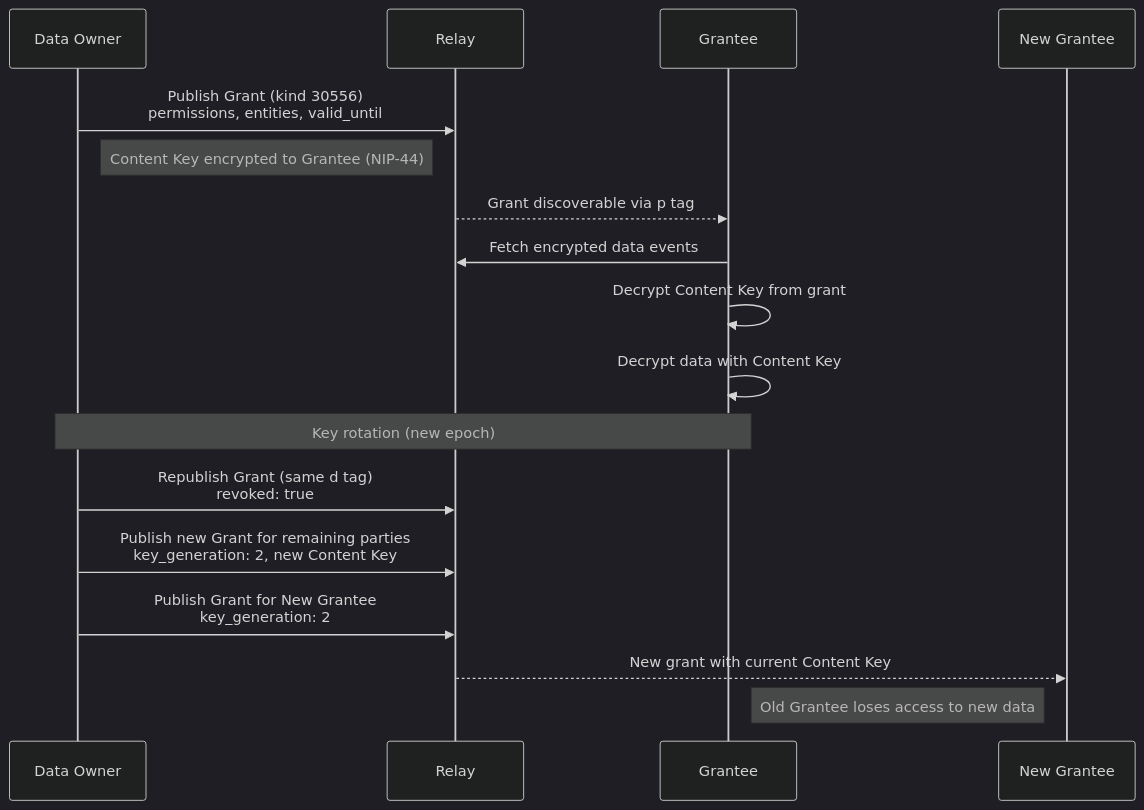
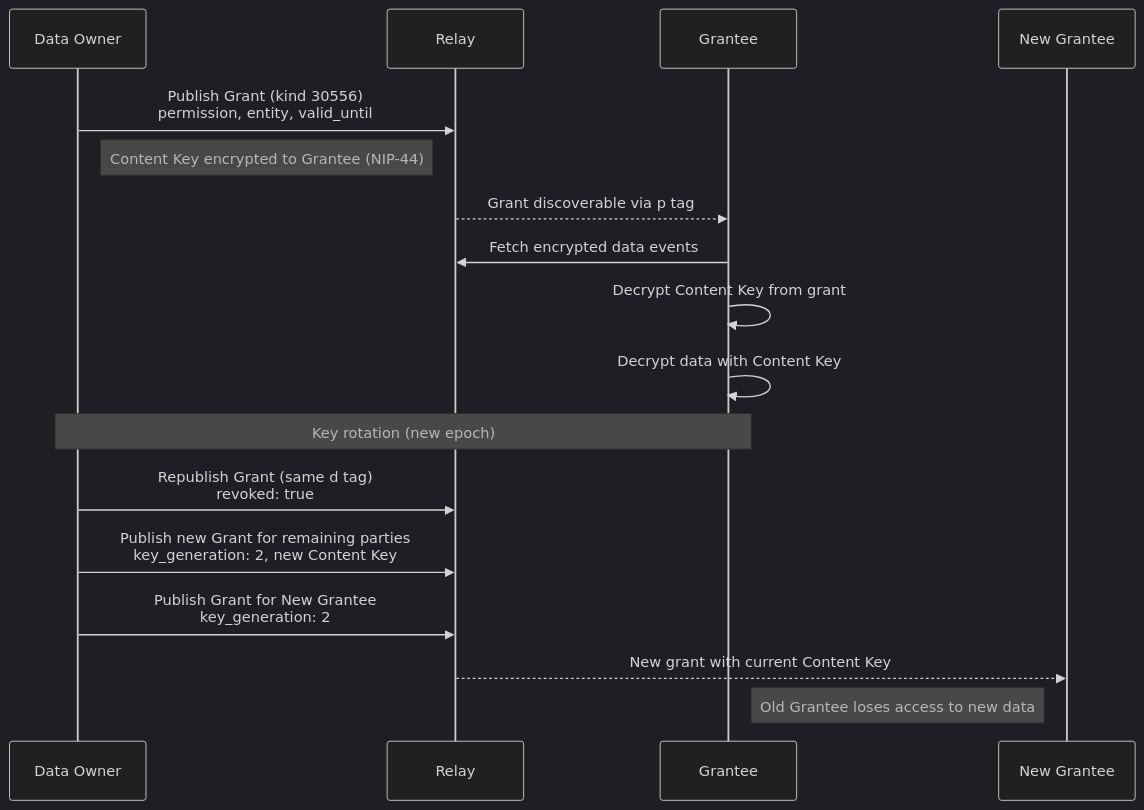
The diagram in NIP-DATA-ACCESS.md (forgesworn/nip-drafts), drawn with Mermaid (dark theme) before and after one commit. The commit also changed other lines of this file and 3 other files, not shown here.

````diff
--- a/NIP-DATA-ACCESS.md
+++ b/NIP-DATA-ACCESS.md
@@ -197,23 +201,23 @@
 ```mermaid
 sequenceDiagram
     participant Owner as Data Owner
     participant Relay
     participant Grantee
     participant NewGrantee as New Grantee
 
-    Owner->>Relay: Publish Grant (kind 30556)<br/>permissions, entities, valid_until
+    Owner->>Relay: Publish Grant (kind 30556)<br/>permission, entity, valid_until
     Note right of Owner: Content Key encrypted to Grantee (NIP-44)
     Relay-->>Grantee: Grant discoverable via p tag
 
     Grantee->>Relay: Fetch encrypted data events
     Grantee->>Grantee: Decrypt Content Key from grant
     Grantee->>Grantee: Decrypt data with Content Key
 
     Note over Owner,Grantee: Key rotation (new epoch)
     Owner->>Relay: Republish Grant (same d tag)<br/>revoked: true
     Owner->>Relay: Publish new Grant for remaining parties<br/>key_generation: 2, new Content Key
 
     Owner->>Relay: Publish Grant for New Grantee<br/>key_generation: 2
     Relay-->>NewGrantee: New grant with current Content Key
     Note right of Grantee: Old Grantee loses access to new data
 ```
````
